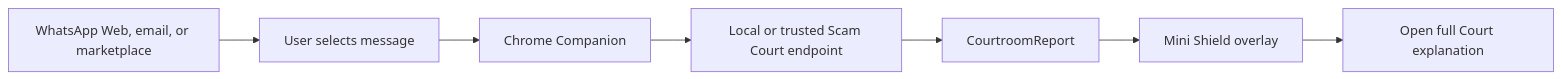
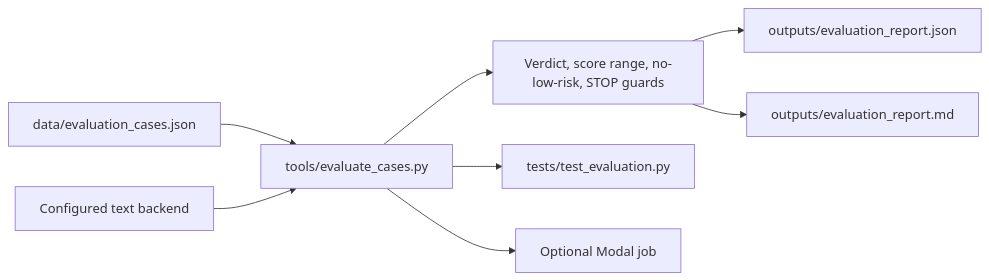
Before and after one commit to jpablortiz96/Scam-Court-AI: the sixth of 6 diagrams in docs/ARCHITECTURE.md, drawn with Mermaid. The commit also changed other lines of this file and 2 other files, not shown here.

Commit message:
Create investor-grade README and architecture docs

````diff
--- a/docs/ARCHITECTURE.md
+++ b/docs/ARCHITECTURE.md
@@ -189,9 +215,10 @@
 ```mermaid
 flowchart LR
-    W["WhatsApp Web, email, or marketplace"] --> SEL["User selects message"]
-    SEL --> EXT["Chrome Companion"]
-    EXT --> API["Local or trusted Scam Court endpoint"]
-    API --> REP["CourtroomReport"]
-    REP --> MINI["Mini Shield overlay"]
-    MINI --> FULL["Open full Court explanation"]
+    CASES["data/evaluation_cases.json"] --> RUNNER["tools/evaluate_cases.py"]
+    ENGINE["Configured text backend"] --> RUNNER
+    RUNNER --> ASSERT["Verdict, score range, no-low-risk, STOP guards"]
+    ASSERT --> JSON["outputs/evaluation_report.json"]
+    ASSERT --> MD["outputs/evaluation_report.md"]
+    RUNNER --> TESTS["tests/test_evaluation.py"]
+    RUNNER --> MODAL["Optional Modal job"]
 ```
````
